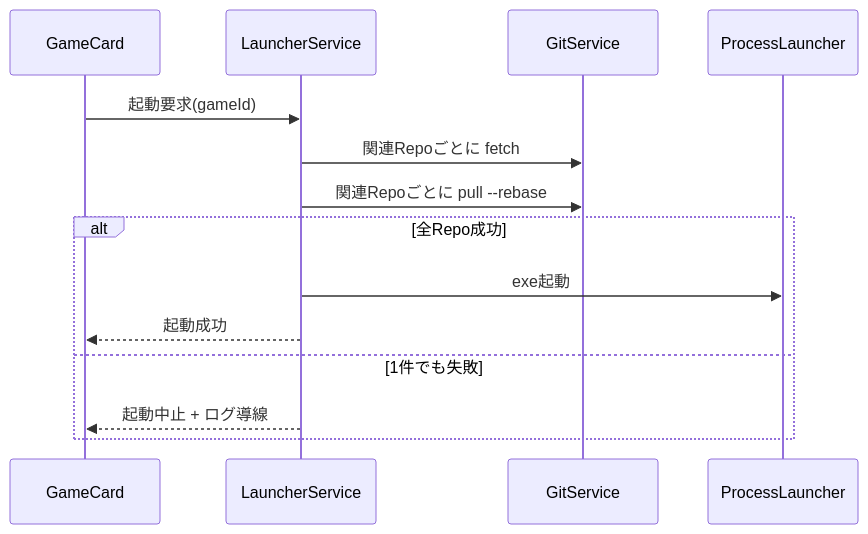
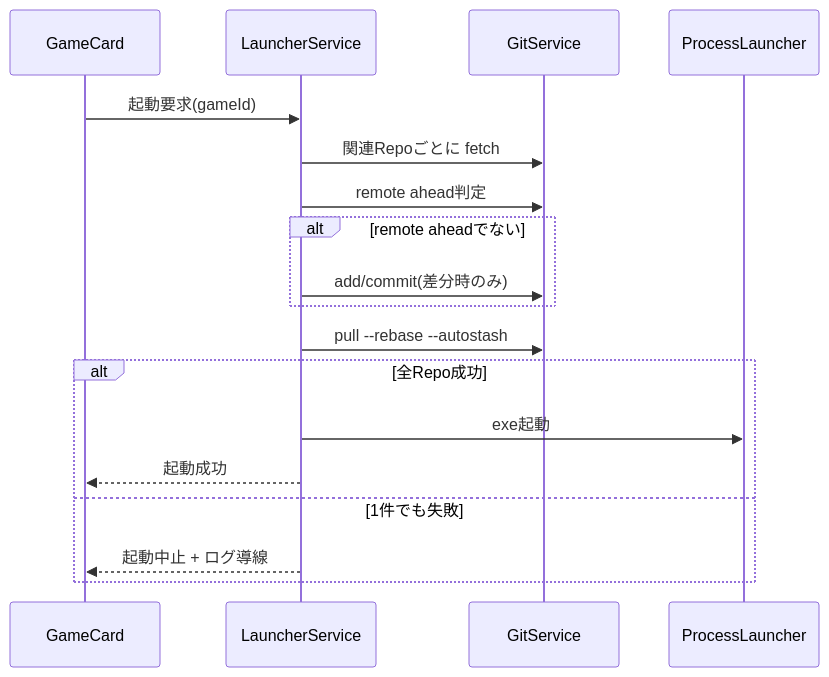
The third of 3 diagrams in docs/design/maui-blazor-architecture.md (natumekazuki/GameLauncherWithGit), drawn with Mermaid before and after one commit. The commit also changed other lines of this file and 2 other files, not shown here.

Commit message:
feat(launcher): skip auto-commit when remote branch is ahead

````diff
--- a/docs/design/maui-blazor-architecture.md
+++ b/docs/design/maui-blazor-architecture.md
@@ -78,17 +79,21 @@
 ```mermaid
 sequenceDiagram
     participant UI as GameCard
     participant L as LauncherService
     participant G as GitService
     participant P as ProcessLauncher
 
     UI->>L: 起動要求(gameId)
     L->>G: 関連Repoごとに fetch
-    L->>G: 関連Repoごとに pull --rebase
+    L->>G: remote ahead判定
+    alt remote aheadでない
+        L->>G: add/commit(差分時のみ)
+    end
+    L->>G: pull --rebase --autostash
     alt 全Repo成功
         L->>P: exe起動
         L-->>UI: 起動成功
     else 1件でも失敗
         L-->>UI: 起動中止 + ログ導線
     end
 ```
````
